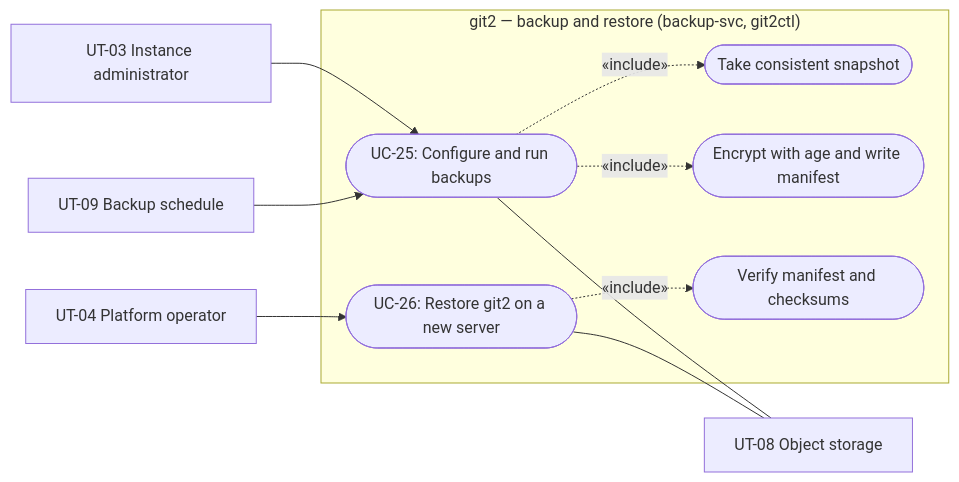
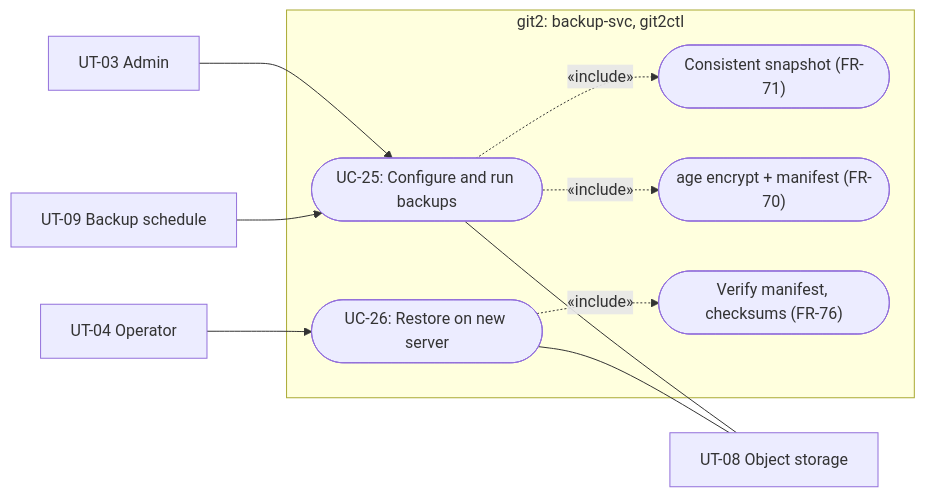
Before and after one commit to git2-project/git2: the ninth of 13 diagrams in docs/project_docs/to_customer/RequirementsSpecification.md, drawn with Mermaid. The commit also changed other lines of this file, not shown here.

````diff
--- a/docs/project_docs/to_customer/RequirementsSpecification.md
+++ b/docs/project_docs/to_customer/RequirementsSpecification.md
@@ -886,24 +731,24 @@
 ```mermaid
 flowchart LR
-    Admin["UT-03 Instance administrator"]
-    Ops["UT-04 Platform operator"]
+    Admin["UT-03 Admin"]
+    Ops["UT-04 Operator"]
     Clock["UT-09 Backup schedule"]
     Store["UT-08 Object storage"]
 
-    subgraph System["git2 — backup and restore (backup-svc, git2ctl)"]
+    subgraph System["git2: backup-svc, git2ctl"]
         UC25(["UC-25: Configure and run backups"])
-        UC26(["UC-26: Restore git2 on a new server"])
-        Snap(["Take consistent snapshot"])
-        Encrypt(["Encrypt with age and write manifest"])
-        Verify(["Verify manifest and checksums"])
+        UC26(["UC-26: Restore on new server"])
+        Snap(["Consistent snapshot (FR-71)"])
+        Encrypt(["age encrypt + manifest (FR-70)"])
+        Verify(["Verify manifest, checksums (FR-76)"])
     end
 
     Admin --> UC25
     Clock --> UC25
     Ops --> UC26
     UC25 -.->|«include»| Snap
     UC25 -.->|«include»| Encrypt
     UC26 -.->|«include»| Verify
     UC25 --- Store
     UC26 --- Store
 ```
````
